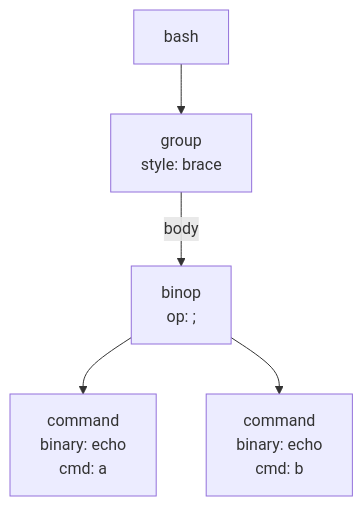
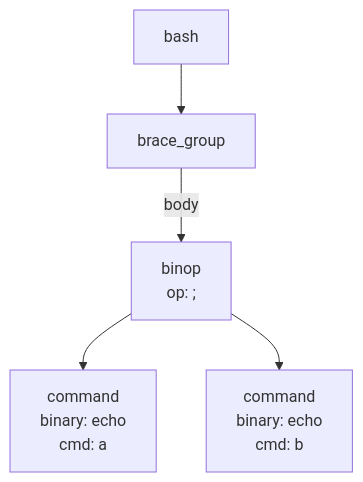
One commit to ashleydavis/expressive-permissions changed the diagram in examples/ast/brace-group/index.md. Above: the diagram before and after it, drawn with Mermaid. The commit also changed 433 other files, not shown here.

````diff
--- a/examples/ast/brace-group/index.md
+++ b/examples/ast/brace-group/index.md
@@ -11,12 +11,12 @@
 ```mermaid
 graph TD
   n0["bash"]
-  n1["group<br/>style: brace"]
+  n1["brace_group"]
   n2["binop<br/>op: ;"]
   n3["command<br/>binary: echo<br/>cmd: a"]
   n2 --> n3
   n4["command<br/>binary: echo<br/>cmd: b"]
   n2 --> n4
   n1 -->|body| n2
   n0 --> n1
 ```
````
